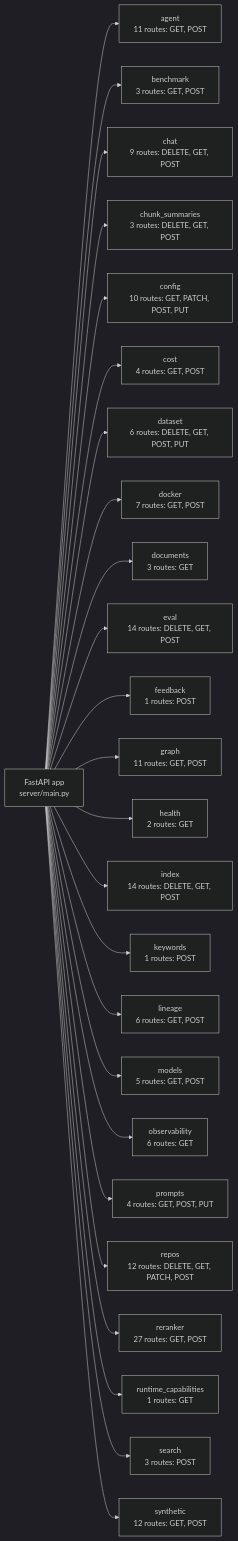
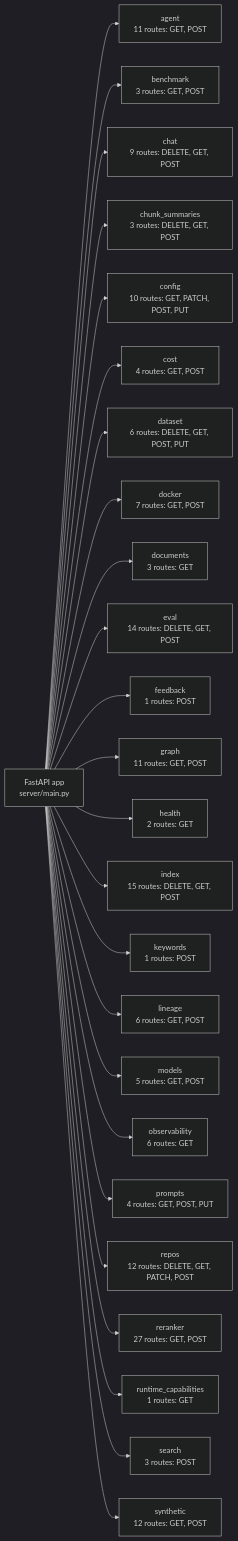
One commit to DMontgomery40/ragweld changed the first of 25 diagrams in mkdocs/docs/reference/architecture/api-surface.md. Above: the diagram before and after it, drawn with Mermaid (dark theme). The commit also changed other lines of this file and 21 other files, not shown here.

````diff
--- a/mkdocs/docs/reference/architecture/api-surface.md
+++ b/mkdocs/docs/reference/architecture/api-surface.md
@@ -10,52 +10,52 @@
 ```mermaid
 flowchart LR
     app["FastAPI app\nserver/main.py"]
     n_agent["agent\n11 routes: GET, POST"]
     app --> n_agent
     n_benchmark["benchmark\n3 routes: GET, POST"]
     app --> n_benchmark
     n_chat["chat\n9 routes: DELETE, GET, POST"]
     app --> n_chat
     n_chunk_summaries["chunk_summaries\n3 routes: DELETE, GET, POST"]
     app --> n_chunk_summaries
     n_config["config\n10 routes: GET, PATCH, POST, PUT"]
     app --> n_config
     n_cost["cost\n4 routes: GET, POST"]
     app --> n_cost
     n_dataset["dataset\n6 routes: DELETE, GET, POST, PUT"]
     app --> n_dataset
     n_docker["docker\n7 routes: GET, POST"]
     app --> n_docker
     n_documents["documents\n3 routes: GET"]
     app --> n_documents
     n_eval["eval\n14 routes: DELETE, GET, POST"]
     app --> n_eval
     n_feedback["feedback\n1 routes: POST"]
     app --> n_feedback
     n_graph["graph\n11 routes: GET, POST"]
     app --> n_graph
     n_health["health\n2 routes: GET"]
     app --> n_health
-    n_index["index\n14 routes: DELETE, GET, POST"]
+    n_index["index\n15 routes: DELETE, GET, POST"]
     app --> n_index
     n_keywords["keywords\n1 routes: POST"]
     app --> n_keywords
     n_lineage["lineage\n6 routes: GET, POST"]
     app --> n_lineage
     n_models["models\n5 routes: GET, POST"]
     app --> n_models
     n_observability["observability\n6 routes: GET"]
     app --> n_observability
     n_prompts["prompts\n4 routes: GET, POST, PUT"]
     app --> n_prompts
     n_repos["repos\n12 routes: DELETE, GET, PATCH, POST"]
     app --> n_repos
     n_reranker["reranker\n27 routes: GET, POST"]
     app --> n_reranker
     n_runtime_capabilities["runtime_capabilities\n1 routes: GET"]
     app --> n_runtime_capabilities
     n_search["search\n3 routes: POST"]
     app --> n_search
     n_synthetic["synthetic\n12 routes: GET, POST"]
     app --> n_synthetic
 ```
````
